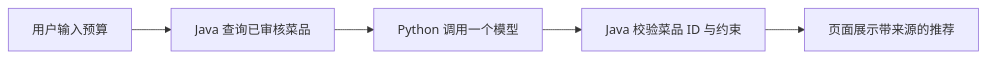
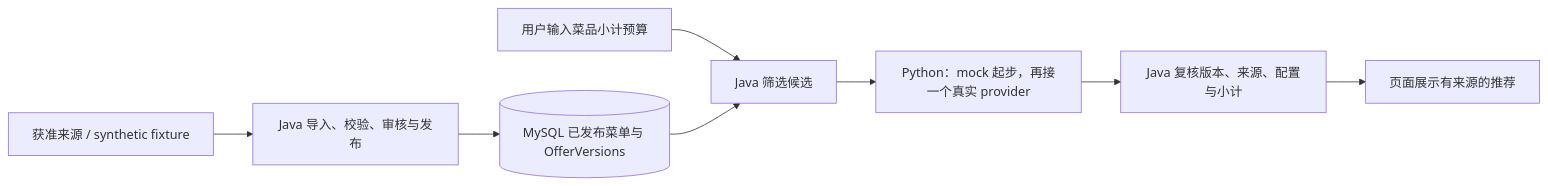
The second of 2 diagrams in README.md (kurin0u0/Large-Lunch-Model), drawn with Mermaid before and after one commit. The commit also changed other lines of this file and 5 other files, not shown here.

````diff
--- a/README.md
+++ b/README.md
@@ -41,7 +47,10 @@
 ```mermaid
 flowchart LR
-  user["用户输入预算"] --> java["Java 查询已审核菜品"]
-  java --> python["Python 调用一个模型"]
-  python --> check["Java 校验菜品 ID 与约束"]
-  check --> page["页面展示带来源的推荐"]
+    source["获准来源 / synthetic fixture"] --> draft["Java 导入、校验、审核与发布"]
+    draft --> catalog[("MySQL 已发布菜单与 OfferVersions")]
+    user["用户输入菜品小计预算"] --> java["Java 筛选候选"]
+    catalog --> java
+    java --> ai["Python：mock 起步，再接一个真实 provider"]
+    ai --> verify["Java 复核版本、来源、配置与小计"]
+    verify --> page["页面展示有来源的推荐"]
 ```
````
